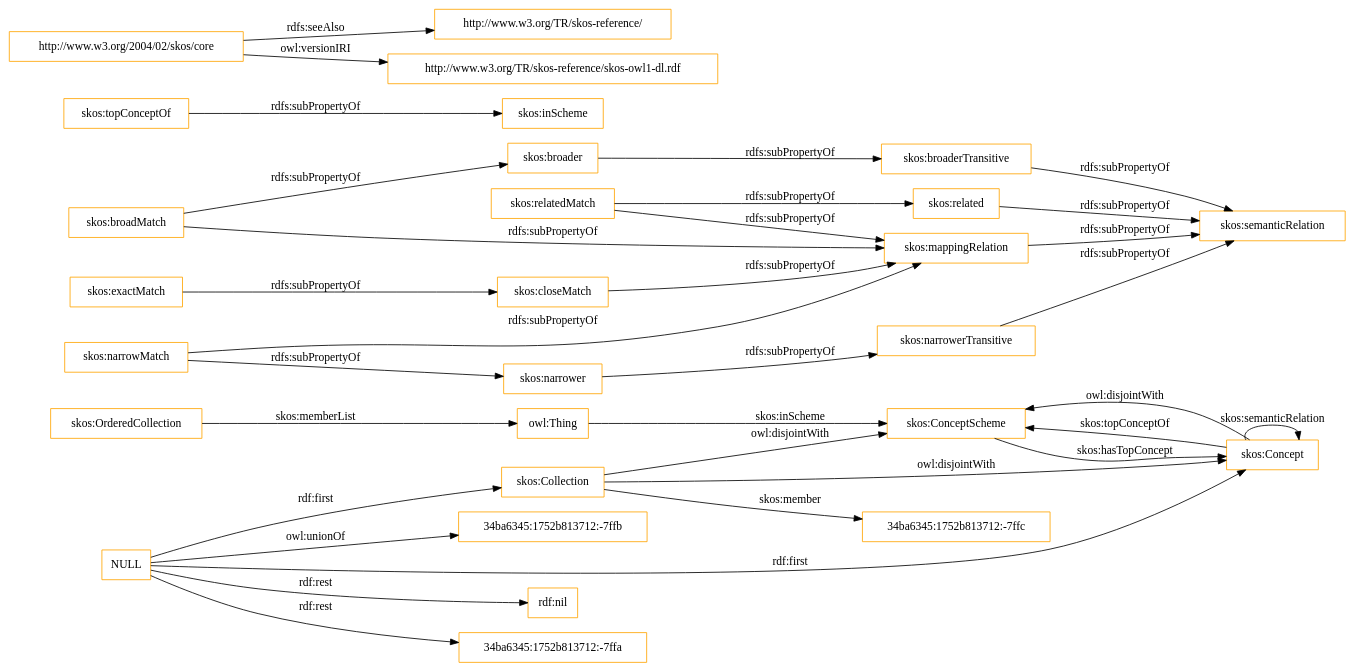
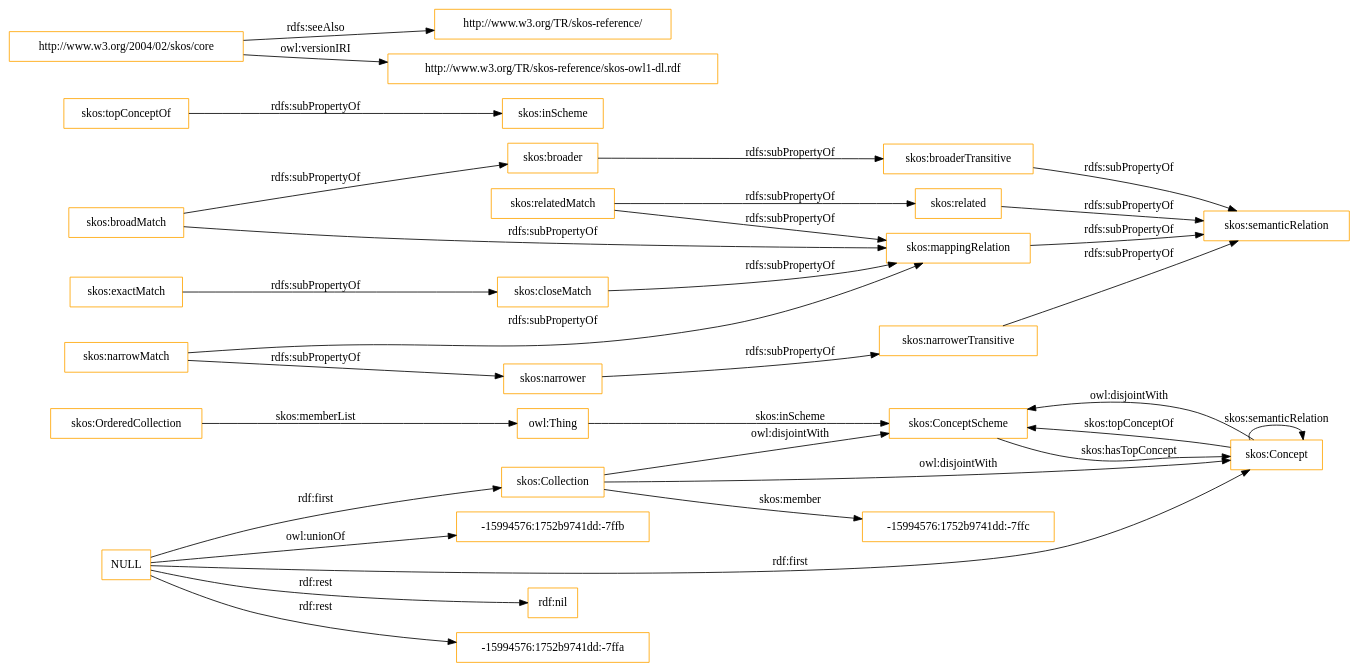
The diagram in OnToology/imports/skos.owl/diagrams/ar2dtool-class/skos.owl.png.dot (OnToologyUser/core-ontology-1), drawn with Graphviz before and after one commit. The commit also changed 14 other files, not shown here.

```diff
--- a/OnToology/imports/skos.owl/diagrams/ar2dtool-class/skos.owl.png.dot
+++ b/OnToology/imports/skos.owl/diagrams/ar2dtool-class/skos.owl.png.dot
@@ -1,37 +1,37 @@
 digraph ar2dtool_diagram { 
 rankdir=LR;
 size="1501"
-node [shape = rectangle, color="orange"]; "skos:OrderedCollection" "skos:ConceptScheme" "skos:Concept" "skos:Collection" "34ba6345:1752b813712:-7ffc" ; /*classes style*/
+node [shape = rectangle, color="orange"]; "skos:OrderedCollection" "skos:ConceptScheme" "skos:Concept" "skos:Collection" "-15994576:1752b9741dd:-7ffc" ; /*classes style*/
 	"skos:narrowerTransitive" -> "skos:semanticRelation" [ label = "rdfs:subPropertyOf" ];
 	"NULL" -> "rdf:nil" [ label = "rdf:rest" ];
 	"NULL" -> "skos:Concept" [ label = "rdf:first" ];
-	"NULL" -> "34ba6345:1752b813712:-7ffa" [ label = "rdf:rest" ];
+	"NULL" -> "-15994576:1752b9741dd:-7ffa" [ label = "rdf:rest" ];
 	"NULL" -> "skos:Collection" [ label = "rdf:first" ];
-	"NULL" -> "34ba6345:1752b813712:-7ffb" [ label = "owl:unionOf" ];
+	"NULL" -> "-15994576:1752b9741dd:-7ffb" [ label = "owl:unionOf" ];
 	"skos:closeMatch" -> "skos:mappingRelation" [ label = "rdfs:subPropertyOf" ];
 	"skos:Concept" -> "skos:ConceptScheme" [ label = "owl:disjointWith" ];
 	"skos:relatedMatch" -> "skos:related" [ label = "rdfs:subPropertyOf" ];
 	"skos:relatedMatch" -> "skos:mappingRelation" [ label = "rdfs:subPropertyOf" ];
 	"skos:related" -> "skos:semanticRelation" [ label = "rdfs:subPropertyOf" ];
 	"skos:topConceptOf" -> "skos:inScheme" [ label = "rdfs:subPropertyOf" ];
 	"skos:broadMatch" -> "skos:mappingRelation" [ label = "rdfs:subPropertyOf" ];
 	"skos:broadMatch" -> "skos:broader" [ label = "rdfs:subPropertyOf" ];
 	"skos:exactMatch" -> "skos:closeMatch" [ label = "rdfs:subPropertyOf" ];
 	"skos:broaderTransitive" -> "skos:semanticRelation" [ label = "rdfs:subPropertyOf" ];
 	"skos:broader" -> "skos:broaderTransitive" [ label = "rdfs:subPropertyOf" ];
 	"skos:mappingRelation" -> "skos:semanticRelation" [ label = "rdfs:subPropertyOf" ];
 	"http://www.w3.org/2004/02/skos/core" -> "http://www.w3.org/TR/skos-reference/" [ label = "rdfs:seeAlso" ];
 	"http://www.w3.org/2004/02/skos/core" -> "http://www.w3.org/TR/skos-reference/skos-owl1-dl.rdf" [ label = "owl:versionIRI" ];
 	"skos:Collection" -> "skos:ConceptScheme" [ label = "owl:disjointWith" ];
 	"skos:Collection" -> "skos:Concept" [ label = "owl:disjointWith" ];
 	"skos:narrower" -> "skos:narrowerTransitive" [ label = "rdfs:subPropertyOf" ];
 	"skos:narrowMatch" -> "skos:narrower" [ label = "rdfs:subPropertyOf" ];
 	"skos:narrowMatch" -> "skos:mappingRelation" [ label = "rdfs:subPropertyOf" ];
 	"skos:OrderedCollection" -> "owl:Thing" [ label = "skos:memberList" ];
 	"skos:Concept" -> "skos:ConceptScheme" [ label = "skos:topConceptOf" ];
 	"skos:Concept" -> "skos:Concept" [ label = "skos:semanticRelation" ];
-	"skos:Collection" -> "34ba6345:1752b813712:-7ffc" [ label = "skos:member" ];
+	"skos:Collection" -> "-15994576:1752b9741dd:-7ffc" [ label = "skos:member" ];
 	"skos:ConceptScheme" -> "skos:Concept" [ label = "skos:hasTopConcept" ];
 	"owl:Thing" -> "skos:ConceptScheme" [ label = "skos:inScheme" ];
 
 }
```
